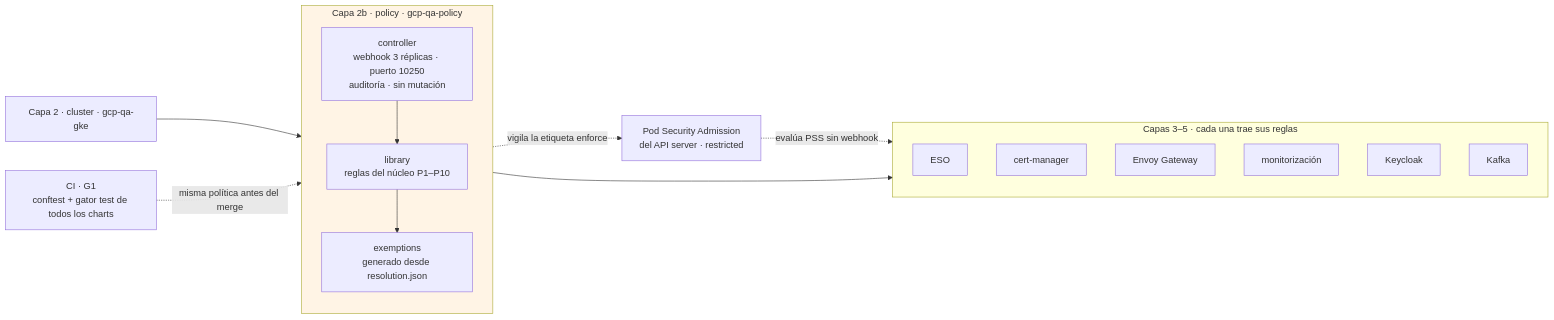
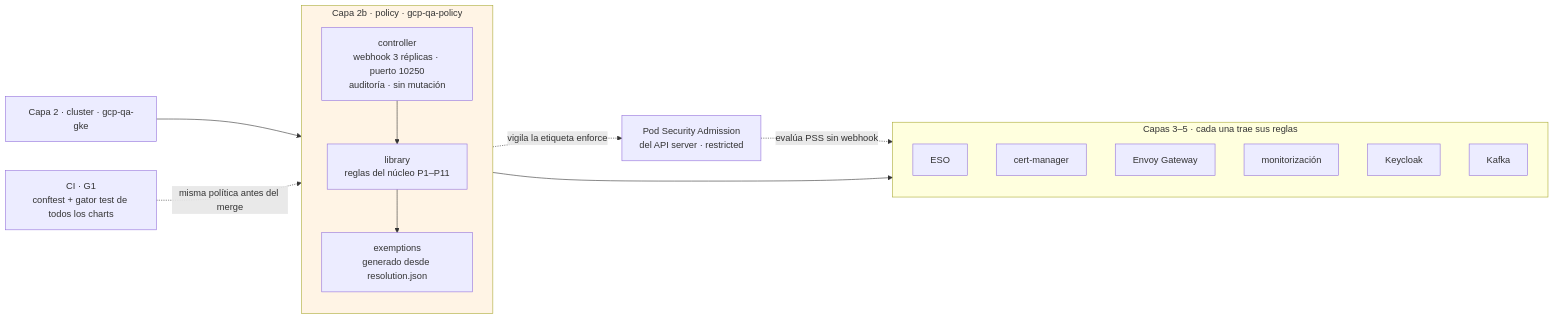
The diagram in docs/es/proposals/gatekeeper-qa/diagrams/01-contexto.mmd (aescanero/proposal_documents), drawn with Mermaid before and after one commit. The commit also changed 27 other files, not shown here.

```diff
--- a/docs/es/proposals/gatekeeper-qa/diagrams/01-contexto.mmd
+++ b/docs/es/proposals/gatekeeper-qa/diagrams/01-contexto.mmd
@@ -1,28 +1,28 @@
 flowchart LR
     L2["Capa 2 · cluster · gcp-qa-gke"]
     subgraph L2B["Capa 2b · policy · gcp-qa-policy"]
         direction TB
         CTRL["controller<br/>webhook 3 réplicas · puerto 10250<br/>auditoría · sin mutación"]
-        LIB["library<br/>reglas del núcleo P1–P10"]
+        LIB["library<br/>reglas del núcleo P1–P11"]
         EXC["exemptions<br/>generado desde resolution.json"]
     end
     PSA["Pod Security Admission<br/>del API server · restricted"]
     subgraph L3["Capas 3–5 · cada una trae sus reglas"]
         direction TB
         ESO["ESO"]
         CM["cert-manager"]
         GW["Envoy Gateway"]
         MON["monitorización"]
         KC["Keycloak"]
         KF["Kafka"]
     end
     CI["CI · G1<br/>conftest + gator test de todos los charts"]
 
     L2 --> L2B
     L2B --> L3
     CTRL --> LIB --> EXC
     PSA -. "evalúa PSS sin webhook" .-> L3
     LIB -. "vigila la etiqueta enforce" .-> PSA
     CI -. "misma política antes del merge" .-> L2B
 
     style L2B fill:#fff4e5
```
